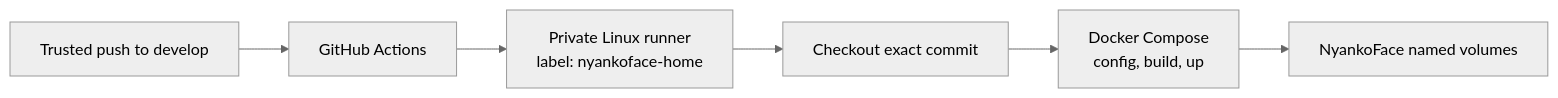
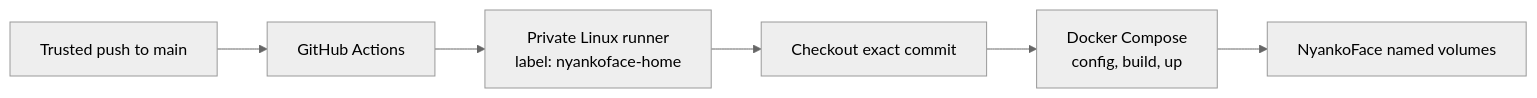
Before and after one commit to Sunwood-ai-labs/NyankoFace: the diagram in docs/guide/home-deployment.md, drawn with Mermaid (neutral theme). The commit also changed other lines of this file and 3 other files, not shown here.

````diff
--- a/docs/guide/home-deployment.md
+++ b/docs/guide/home-deployment.md
@@ -21,8 +21,8 @@
 ```mermaid
 flowchart LR
-    Push[Trusted push to develop] --> Actions[GitHub Actions]
+    Push[Trusted push to main] --> Actions[GitHub Actions]
     Actions --> Runner[Private Linux runner<br/>label: nyankoface-home]
     Runner --> Checkout[Checkout exact commit]
     Checkout --> Compose[Docker Compose<br/>config, build, up]
     Compose --> Stack[NyankoFace named volumes]
 ```
````
